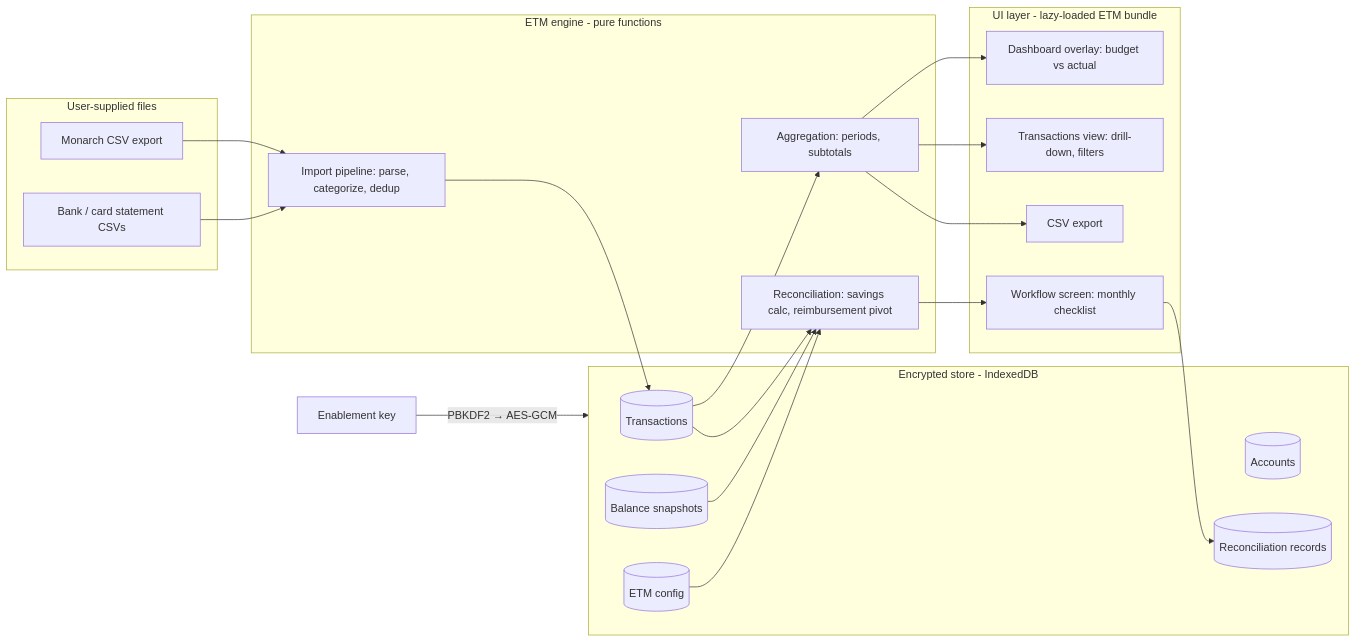
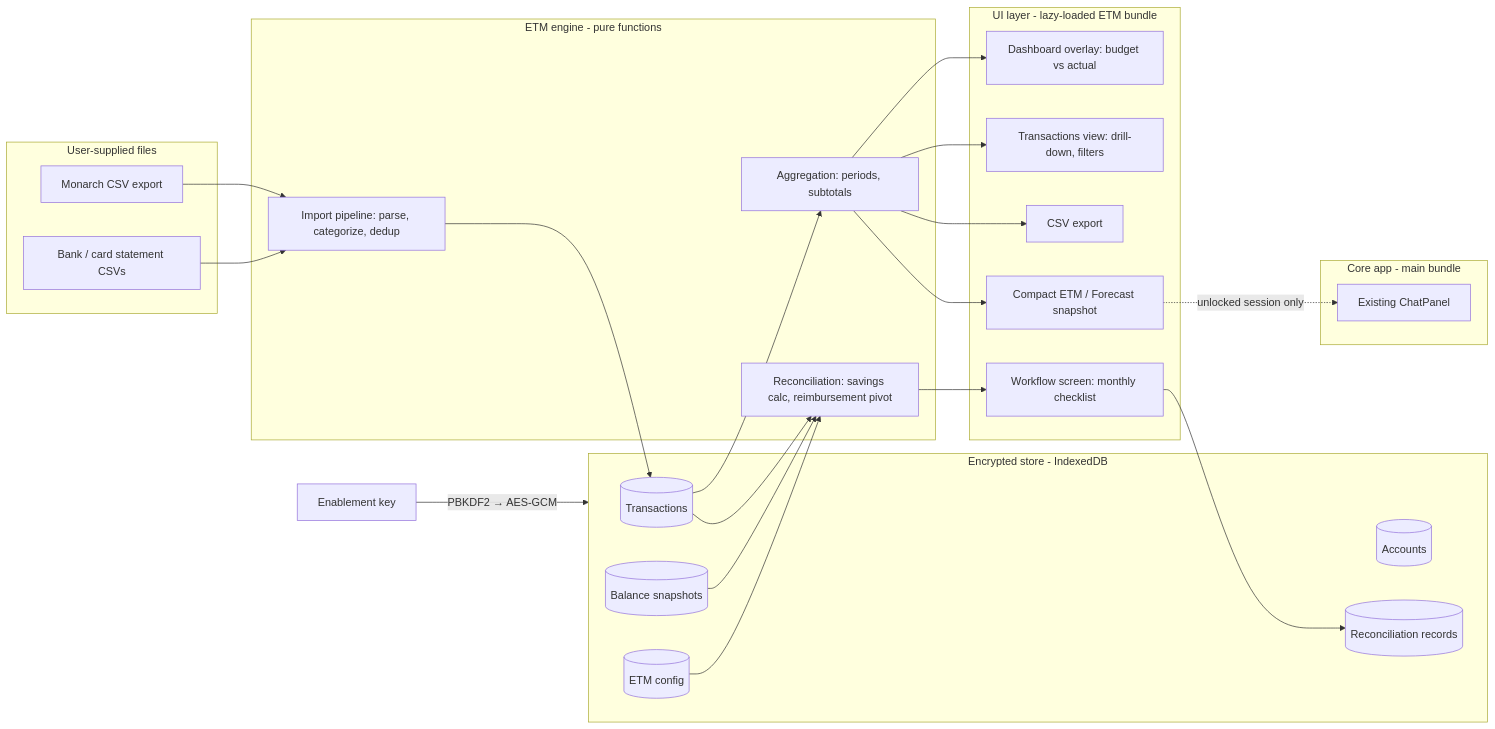
One commit to chrisjschmitt/Tidewater changed the diagram in docs/etm-architecture.md. Above: the diagram before and after it, drawn with Mermaid. The commit also changed other lines of this file and 13 other files, not shown here.

````diff
--- a/docs/etm-architecture.md
+++ b/docs/etm-architecture.md
@@ -62,36 +70,42 @@
 ```mermaid
 flowchart LR
     subgraph files [User-supplied files]
         MM[Monarch CSV export]
         TD[Bank / card statement CSVs]
     end
 
+    subgraph core [Core app - main bundle]
+        CHAT[Existing ChatPanel]
+    end
+
     subgraph ui [UI layer - lazy-loaded ETM bundle]
         DASH[Dashboard overlay: budget vs actual]
         TXV[Transactions view: drill-down, filters]
         WF[Workflow screen: monthly checklist]
         EXP[CSV export]
+        SNAP[Compact ETM / Forecast snapshot]
     end
 
     subgraph engine [ETM engine - pure functions]
         IMP[Import pipeline: parse, categorize, dedup]
         AGG[Aggregation: periods, subtotals]
         REC[Reconciliation: savings calc, reimbursement pivot]
     end
 
     subgraph store [Encrypted store - IndexedDB]
         TX[(Transactions)]
         AC[(Accounts)]
         BAL[(Balance snapshots)]
         RCN[(Reconciliation records)]
         CFG[(ETM config)]
     end
 
     KEY[Enablement key] -->|PBKDF2 → AES-GCM| store
     MM --> IMP
     TD --> IMP
     IMP --> TX
-    TX --> AGG --> DASH & TXV & EXP
+    TX --> AGG --> DASH & TXV & EXP & SNAP
     TX & BAL & CFG --> REC --> WF
     WF --> RCN
+    SNAP -.->|unlocked session only| CHAT
 ```
````
